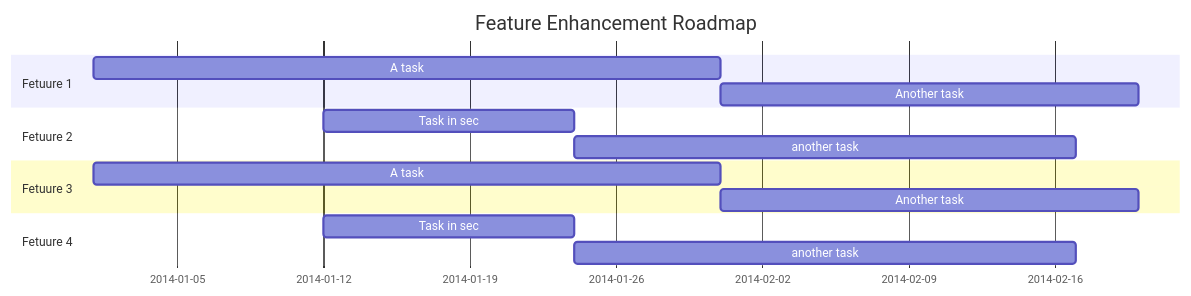
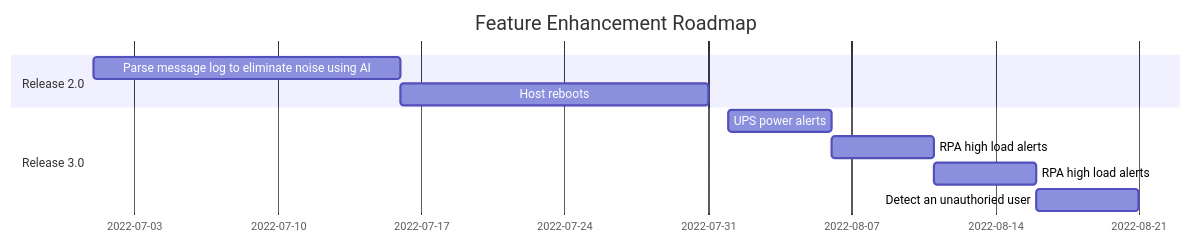
The diagram in mermaid/roadmap.mmd (CC-Digital-Innovation/prtg-alert-counter), drawn with Mermaid before and after one commit. The commit also changed 1 other file, not shown here.

Commit message:
update roadmap slide

```diff
--- a/mermaid/roadmap.mmd
+++ b/mermaid/roadmap.mmd
@@ -1,18 +1,12 @@
 gantt
     title Feature Enhancement Roadmap
     dateFormat  YYYY-MM-DD
-    section Fetuure 1
-    A task           :a1, 2014-01-01, 30d
-    Another task     :after a1  , 20d
+    section Release 2.0
+    Parse message log to eliminate noise using AI   :a1, 2022-07-01, 15d
+    Host reboots    :after a1  , 15d
 
-    section Fetuure 2
-    Task in sec      :2014-01-12  , 12d
-    another task      : 24d
-
-    section Fetuure 3
-    A task           :a1, 2014-01-01, 30d
-    Another task     :after a1  , 20d
-
-    section Fetuure 4
-    Task in sec      :2014-01-12  , 12d
-    another task      : 24d
+    section Release 3.0
+    UPS power alerts     :2022-08-01  , 5d
+    RPA high load alerts     : 5d
+    RPA high load alerts    : 5d
+    Detect an unauthoried user     : 5d
```
